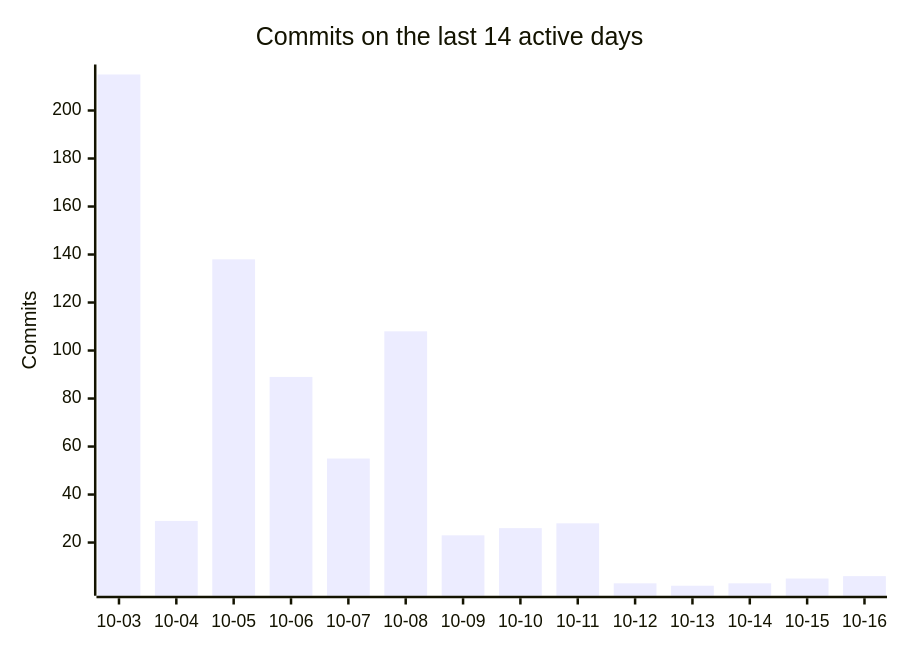
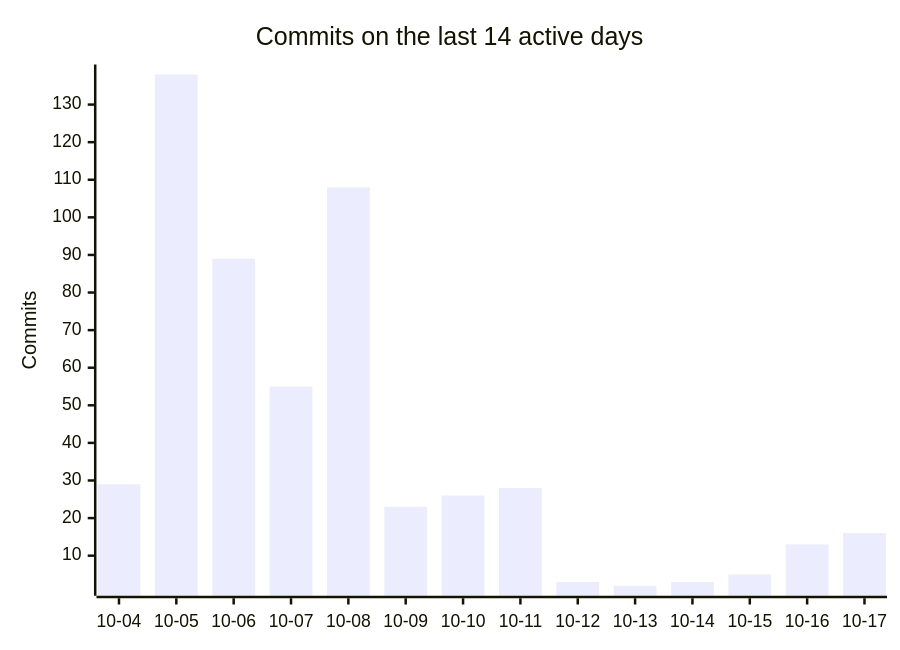
One commit to PflanzenDex/PflanzenDex changed the third of 3 diagrams in README.md. Above: the diagram before and after it, drawn with Mermaid. The commit also changed other lines of this file and 1 other file, not shown here.

````diff
--- a/README.md
+++ b/README.md
@@ -71,7 +71,7 @@
 ```mermaid
 xychart-beta
   title "Commits on the last 14 active days"
-  x-axis ["10-03", "10-04", "10-05", "10-06", "10-07", "10-08", "10-09", "10-10", "10-11", "10-12", "10-13", "10-14", "10-15", "10-16"]
+  x-axis ["10-04", "10-05", "10-06", "10-07", "10-08", "10-09", "10-10", "10-11", "10-12", "10-13", "10-14", "10-15", "10-16", "10-17"]
   y-axis "Commits"
-  bar [215, 29, 138, 89, 55, 108, 23, 26, 28, 3, 2, 3, 5, 6]
+  bar [29, 138, 89, 55, 108, 23, 26, 28, 3, 2, 3, 5, 13, 16]
 ```
````
